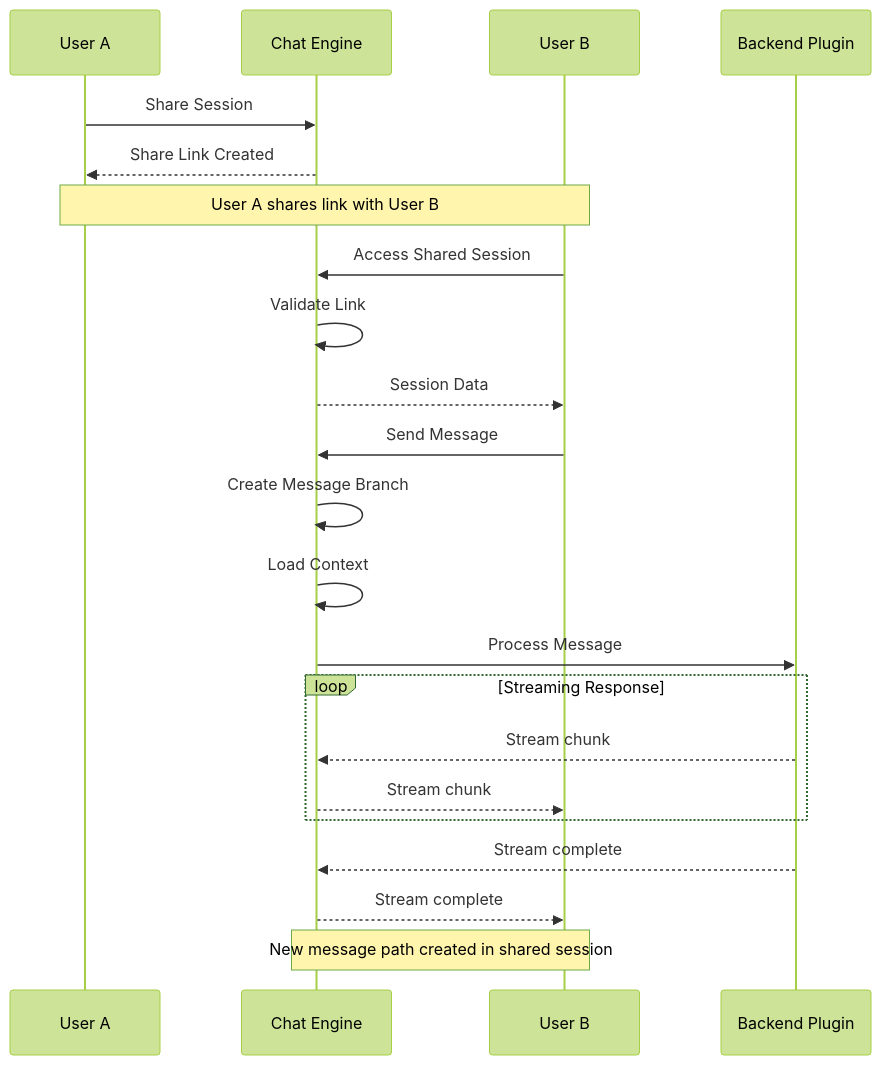
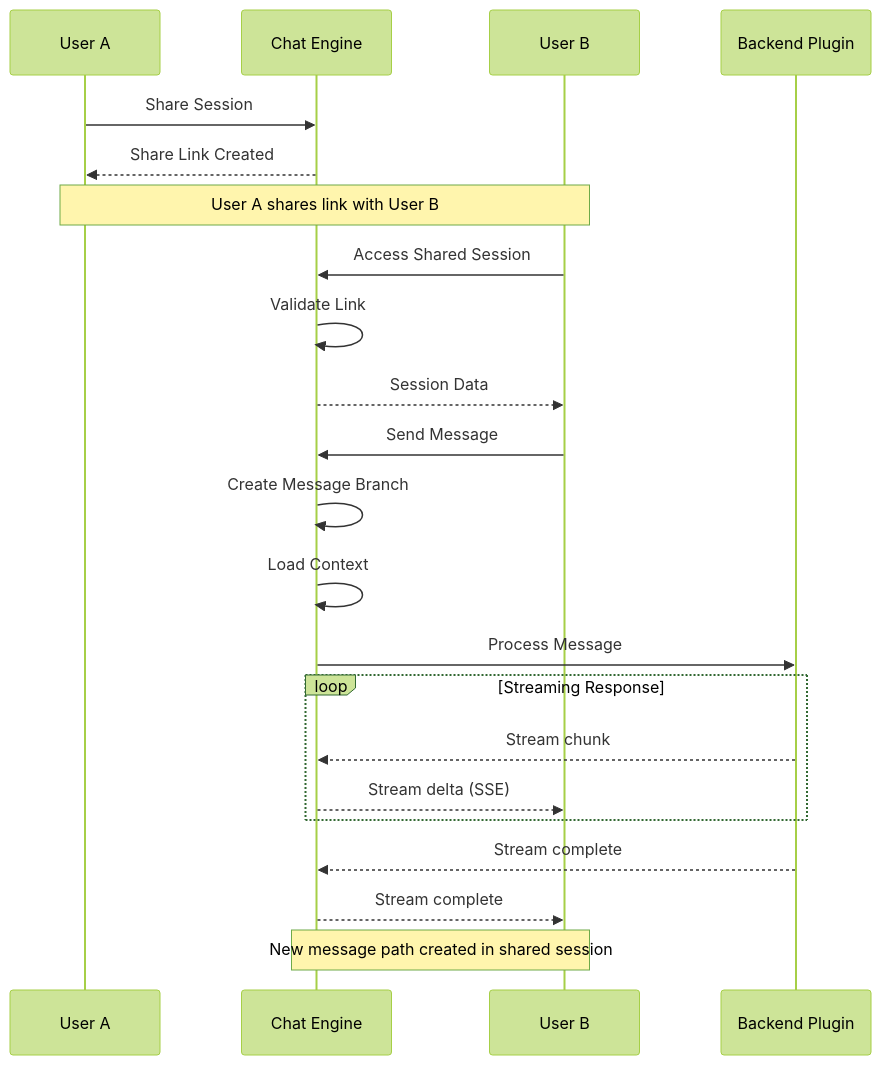
The tenth of 16 diagrams in gears/chat-engine/docs/DESIGN.md (constructorfabric/gears-rust), drawn with Mermaid (forest theme) before and after one commit. The commit also changed other lines of this file and 1 other file, not shown here.

Commit message:
design SSE delta streaming protocol + resume

````diff
--- a/gears/chat-engine/docs/DESIGN.md
+++ b/gears/chat-engine/docs/DESIGN.md
@@ -971,31 +1022,31 @@
 ```mermaid
 sequenceDiagram
     participant User A
     participant Chat Engine
     participant User B
     participant Backend Plugin
 
     User A->>Chat Engine: Share Session
     Chat Engine-->>User A: Share Link Created
 
     Note over User A,User B: User A shares link with User B
 
     User B->>Chat Engine: Access Shared Session
     Chat Engine->>Chat Engine: Validate Link
     Chat Engine-->>User B: Session Data
 
     User B->>Chat Engine: Send Message
     Chat Engine->>Chat Engine: Create Message Branch
     Chat Engine->>Chat Engine: Load Context
     Chat Engine->>Backend Plugin: Process Message
 
     loop Streaming Response
         Backend Plugin-->>Chat Engine: Stream chunk
-        Chat Engine-->>User B: Stream chunk
+        Chat Engine-->>User B: Stream delta (SSE)
     end
 
     Backend Plugin-->>Chat Engine: Stream complete
     Chat Engine-->>User B: Stream complete
 
     Note over User B,Chat Engine: New message path created in shared session
 ```
````
